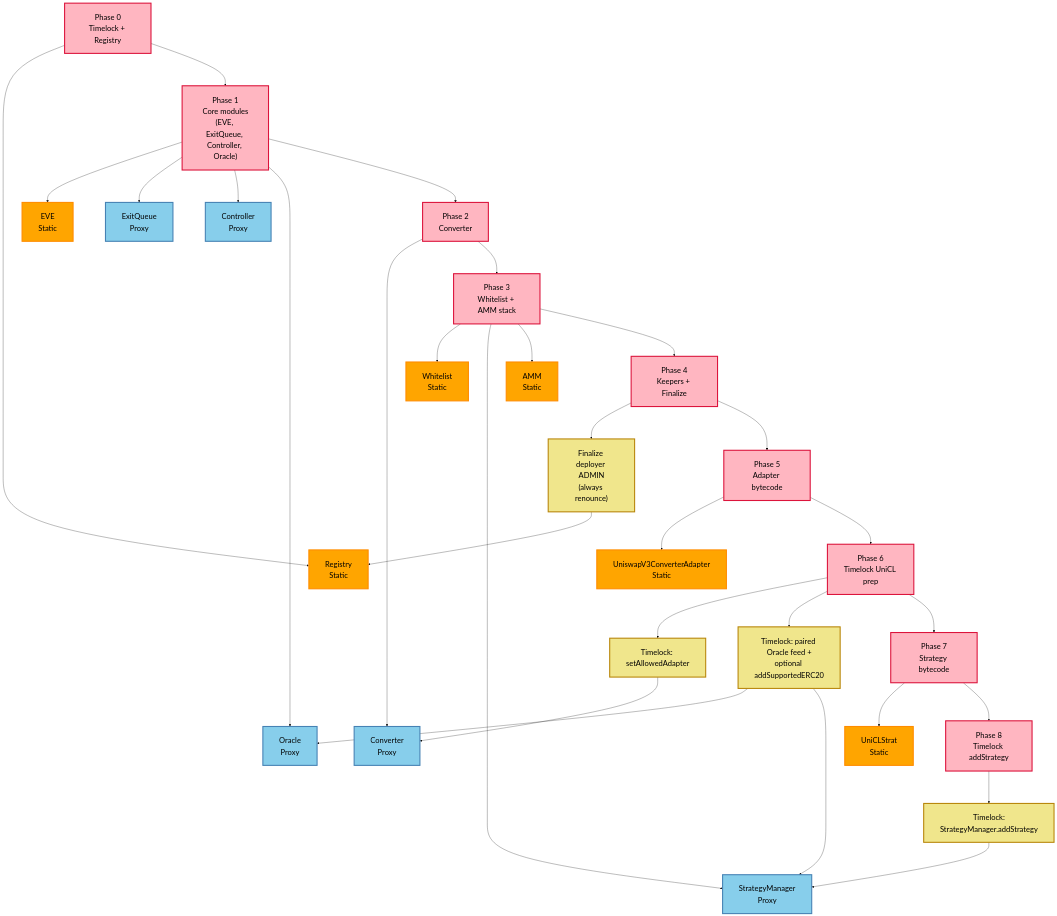
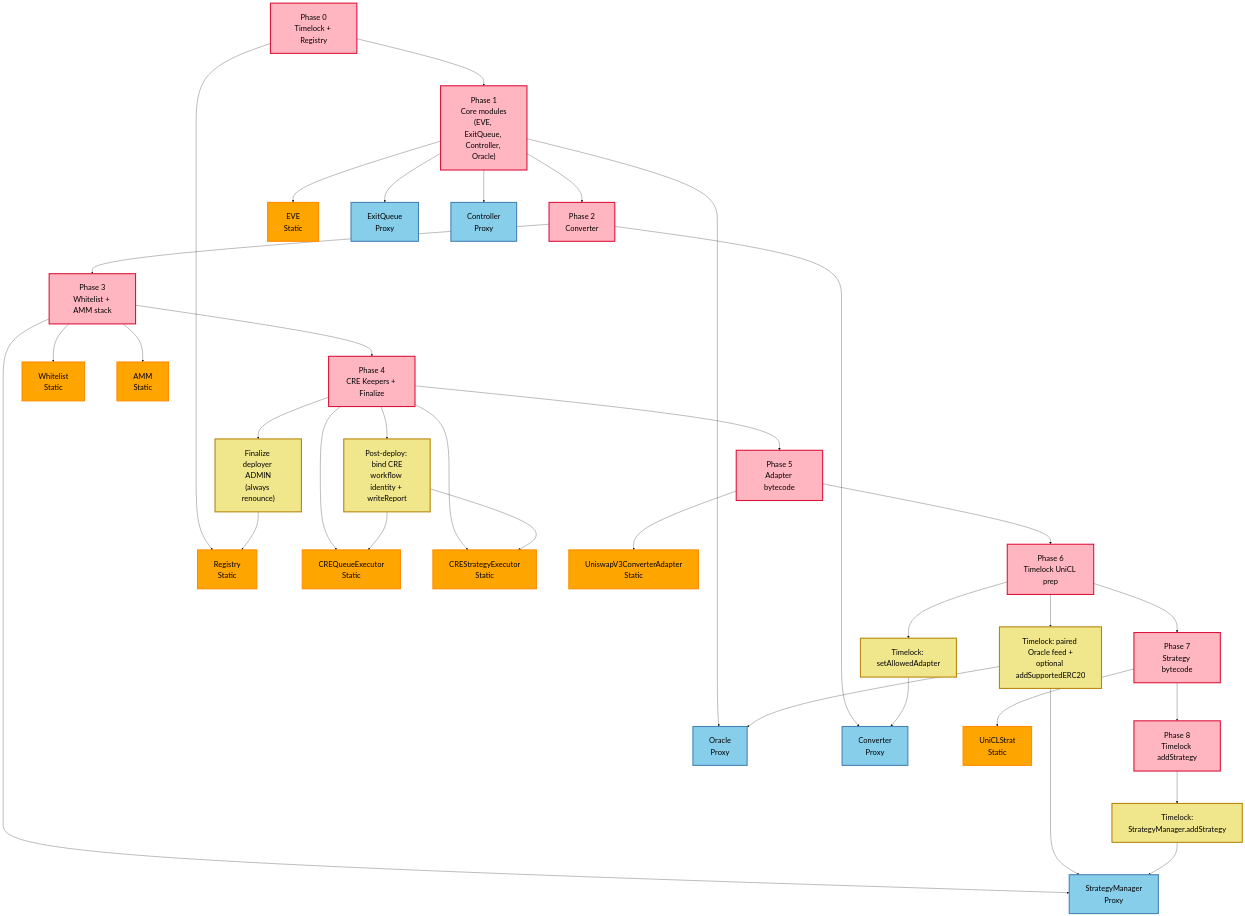
Before and after one commit to everstrat-xyz/contracts: the diagram in mermaid/deployment-architecture.md, drawn with Mermaid. The commit also changed other lines of this file and 20 other files, not shown here.

````diff
--- a/mermaid/deployment-architecture.md
+++ b/mermaid/deployment-architecture.md
@@ -5,70 +5,78 @@
 ```mermaid
 %%{init: {'theme':'base', 'themeVariables': { 'fontSize': '28px', 'primaryTextColor': '#000000'}, 'flowchart': {'nodeSpacing': 120, 'rankSpacing': 120, 'padding': 30}}}%%
 graph TB
     Phase0["Phase 0<br/>Timelock + Registry"]
     Phase1["Phase 1<br/>Core modules<br/>(EVE, ExitQueue, Controller, Oracle)"]
     Phase2["Phase 2<br/>Converter"]
     Phase3["Phase 3<br/>Whitelist + AMM stack"]
-    Phase4["Phase 4<br/>Keepers + Finalize"]
+    Phase4["Phase 4<br/>CRE Keepers + Finalize"]
     Phase5["Phase 5<br/>Adapter bytecode"]
     Phase6["Phase 6<br/>Timelock UniCL prep"]
     Phase7["Phase 7<br/>Strategy bytecode"]
     Phase8["Phase 8<br/>Timelock addStrategy"]
 
     RegistryStatic["Registry<br/>Static"]
     EVE["EVE<br/>Static"]
     ExitQueueProxy["ExitQueue<br/>Proxy"]
     ControllerProxy["Controller<br/>Proxy"]
     OracleProxy["Oracle<br/>Proxy"]
     ConverterProxy["Converter<br/>Proxy"]
     StrategyManagerProxy["StrategyManager<br/>Proxy"]
     Whitelist["Whitelist<br/>Static"]
     AMM["AMM<br/>Static"]
+    CREQueue["CREQueueExecutor<br/>Static"]
+    CREStrategy["CREStrategyExecutor<br/>Static"]
     Adapter["UniswapV3ConverterAdapter<br/>Static"]
     UniCLStrat["UniCLStrat<br/>Static"]
 
     FinalizeDeployer["Finalize deployer ADMIN<br/>(always renounce)"]
+    BindWorkflow["Post-deploy: bind CRE<br/>workflow identity + writeReport"]
     AllowAdapter["Timelock: setAllowedAdapter"]
     PairedFeed["Timelock: paired Oracle feed +<br/>optional addSupportedERC20"]
     AddStrategy["Timelock:<br/>StrategyManager.addStrategy"]
 
     Phase0 --> RegistryStatic
     Phase0 --> Phase1
     Phase1 --> EVE
     Phase1 --> ExitQueueProxy
     Phase1 --> ControllerProxy
     Phase1 --> OracleProxy
     Phase1 --> Phase2
     Phase2 --> ConverterProxy
     Phase2 --> Phase3
     Phase3 --> Whitelist
     Phase3 --> StrategyManagerProxy
     Phase3 --> AMM
     Phase3 --> Phase4
+    Phase4 --> CREQueue
+    Phase4 --> CREStrategy
     Phase4 --> FinalizeDeployer
+    Phase4 --> BindWorkflow
     Phase4 --> Phase5
     Phase5 --> Adapter
     Phase5 --> Phase6
     Phase6 --> AllowAdapter
     Phase6 --> PairedFeed
     Phase6 --> Phase7
     Phase7 --> UniCLStrat
     Phase7 --> Phase8
     Phase8 --> AddStrategy
 
     FinalizeDeployer --> RegistryStatic
+    BindWorkflow --> CREQueue
+    BindWorkflow --> CREStrategy
     AllowAdapter --> ConverterProxy
     PairedFeed --> OracleProxy
     PairedFeed --> StrategyManagerProxy
     AddStrategy --> StrategyManagerProxy
 
     classDef phase fill:#FFB6C1,stroke:#DC143C,stroke-width:4px
     classDef static fill:#FFA500,stroke:#FF8C00,stroke-width:4px
     classDef proxy fill:#87CEEB,stroke:#4682B4,stroke-width:4px
     classDef setup fill:#F0E68C,stroke:#B8860B,stroke-width:4px
 
     class Phase0,Phase1,Phase2,Phase3,Phase4,Phase5,Phase6,Phase7,Phase8 phase
-    class RegistryStatic,EVE,AMM,Whitelist,Adapter,UniCLStrat static
+    class RegistryStatic,EVE,AMM,Whitelist,CREQueue,CREStrategy,Adapter,UniCLStrat static
     class ExitQueueProxy,ControllerProxy,OracleProxy,ConverterProxy,StrategyManagerProxy proxy
-    class FinalizeDeployer,AllowAdapter,PairedFeed,AddStrategy setup
+    class FinalizeDeployer,BindWorkflow,AllowAdapter,PairedFeed,AddStrategy setup
 ```
````
